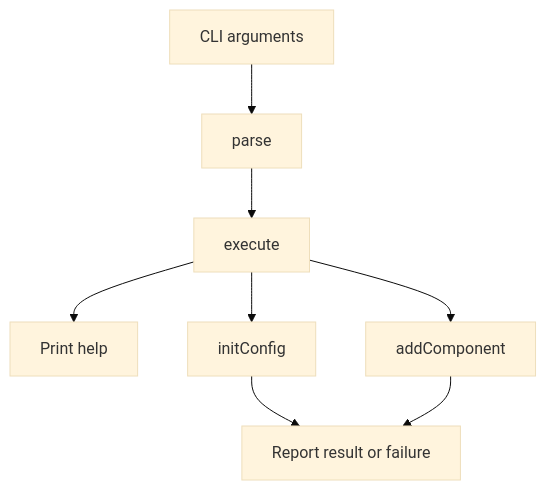
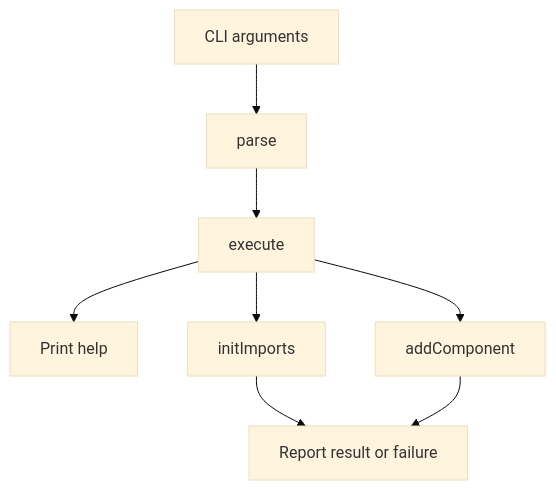
One commit to feuersteiner/bref-ui changed the first of 3 diagrams in core/cli/commands/README.md. Above: the diagram before and after it, drawn with Mermaid (base theme). The commit also changed other lines of this file and 19 other files, not shown here.

Commit message:
feat✨: replace bref.config.json with #bref package imports

````diff
--- a/core/cli/commands/README.md
+++ b/core/cli/commands/README.md
@@ -20,10 +20,10 @@
 ```mermaid
 flowchart TD
     args["CLI arguments"] --> parse["parse"]
     parse --> route["execute"]
     route --> help["Print help"]
-    route --> init["initConfig"]
+    route --> init["initImports"]
     route --> add["addComponent"]
     init --> report["Report result or failure"]
     add --> report
 ```
````
